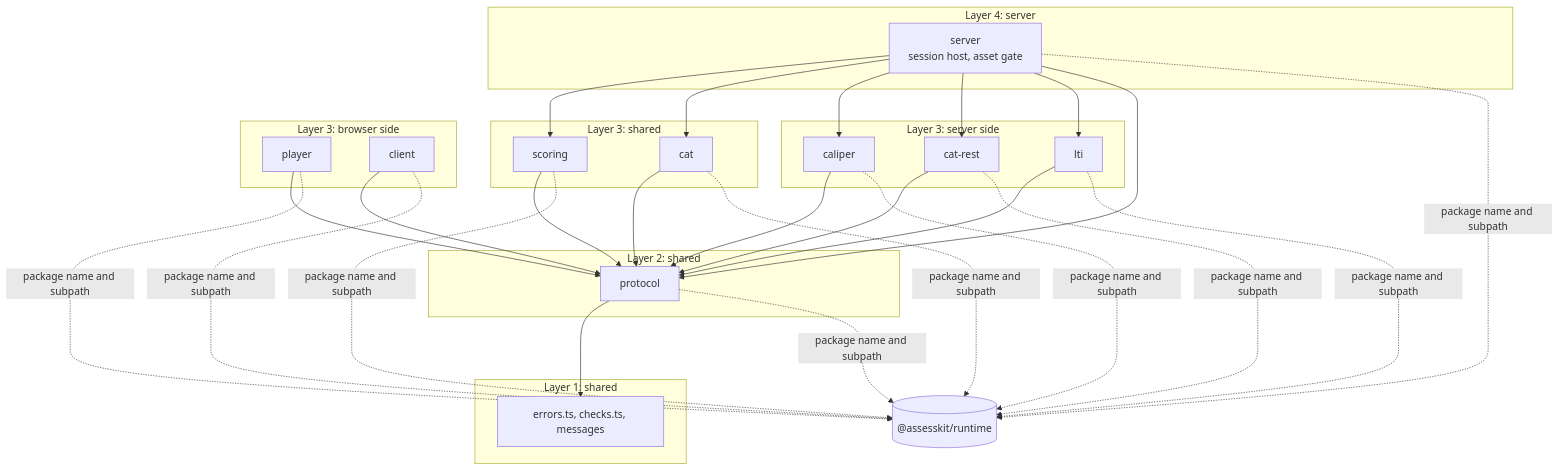
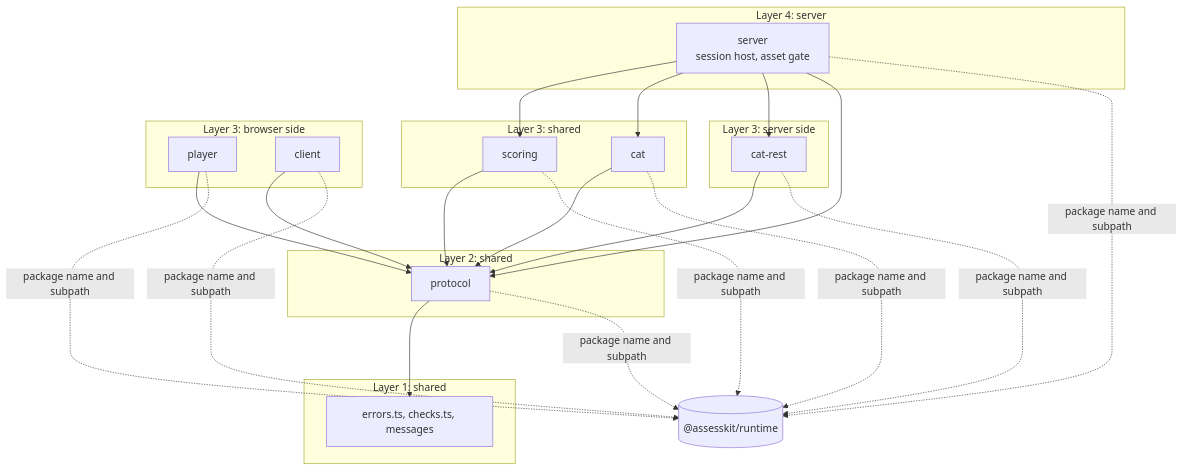
The first of 2 diagrams in docs/player/architecture.md (assesskit/assesskit), drawn with Mermaid before and after one commit. The commit also changed other lines of this file and 138 other files, not shown here.

First line of the commit message:
Move LTI and Caliper out of the player and keep four ports

````diff
--- a/docs/player/architecture.md
+++ b/docs/player/architecture.md
@@ -6,32 +6,30 @@
 ```mermaid
 flowchart TB
   subgraph L4["Layer 4: server"]
     server["server<br/>session host, asset gate"]
   end
   subgraph L3c["Layer 3: server side"]
-    caliper["caliper"]
     catRest["cat-rest"]
-    lti["lti"]
   end
   subgraph L3b["Layer 3: shared"]
     scoring["scoring"]
     cat["cat"]
   end
   subgraph L3a["Layer 3: browser side"]
     player["player"]
     client["client"]
   end
   subgraph L2["Layer 2: shared"]
     protocol["protocol"]
   end
   subgraph L1["Layer 1: shared"]
     base["errors.ts, checks.ts, messages"]
   end
-  server --> scoring & cat & caliper & catRest & lti
+  server --> scoring & cat & catRest
   server --> protocol
-  scoring & cat & caliper & catRest & lti --> protocol
+  scoring & cat & catRest --> protocol
   player & client --> protocol
   protocol --> base
   runtime[("@assesskit/runtime")]
-  player & client & server & scoring & cat & caliper & catRest & lti & protocol -.->|package name and subpath| runtime
+  player & client & server & scoring & cat & catRest & protocol -.->|package name and subpath| runtime
 ```
````
